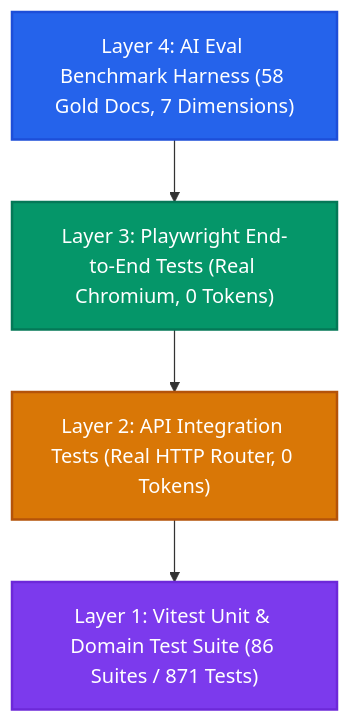
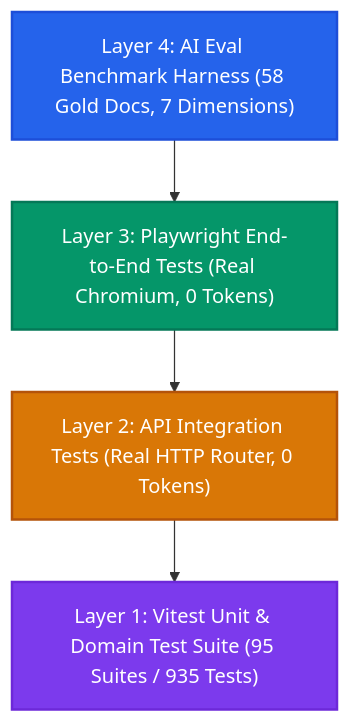
Before and after one commit to BradshawAsher/dillon-ai: the diagram in docs/TESTING_AND_CI.md, drawn with Mermaid. The commit also changed other lines of this file and 24 other files, not shown here.

````diff
--- a/docs/TESTING_AND_CI.md
+++ b/docs/TESTING_AND_CI.md
@@ -9,10 +9,10 @@
 ```mermaid
 graph TD
     A["Layer 4: AI Eval Benchmark Harness (58 Gold Docs, 7 Dimensions)"] --> B["Layer 3: Playwright End-to-End Tests (Real Chromium, 0 Tokens)"]
     B --> C["Layer 2: API Integration Tests (Real HTTP Router, 0 Tokens)"]
-    C --> D["Layer 1: Vitest Unit & Domain Test Suite (86 Suites / 871 Tests)"]
+    C --> D["Layer 1: Vitest Unit & Domain Test Suite (95 Suites / 935 Tests)"]
     style A fill:#2563eb,stroke:#1d4ed8,stroke-width:2px,color:#fff
     style B fill:#059669,stroke:#047857,stroke-width:2px,color:#fff
     style C fill:#d97706,stroke:#b45309,stroke-width:2px,color:#fff
     style D fill:#7c3aed,stroke:#6d28d9,stroke-width:2px,color:#fff
 ```
````
